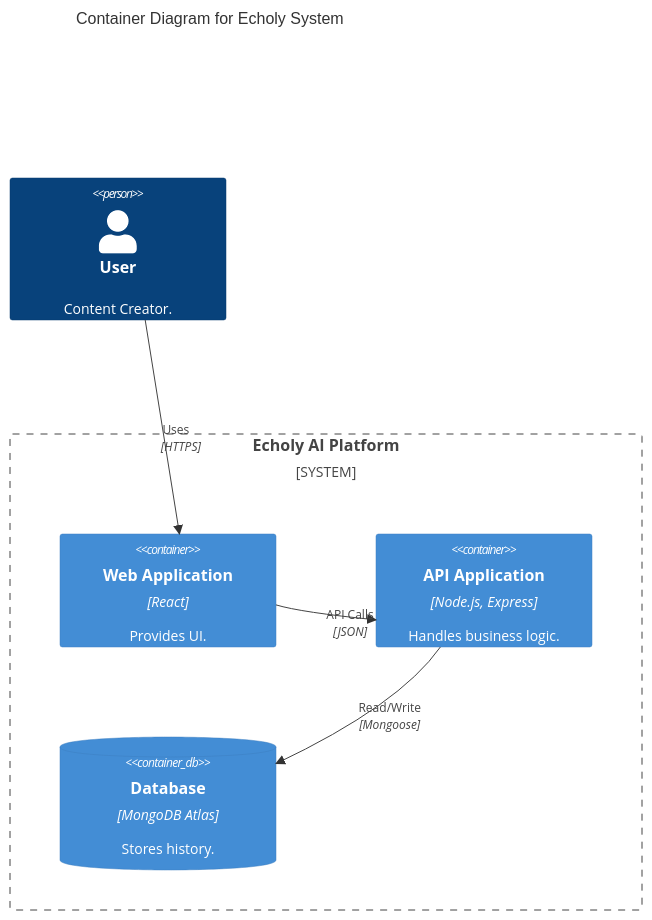
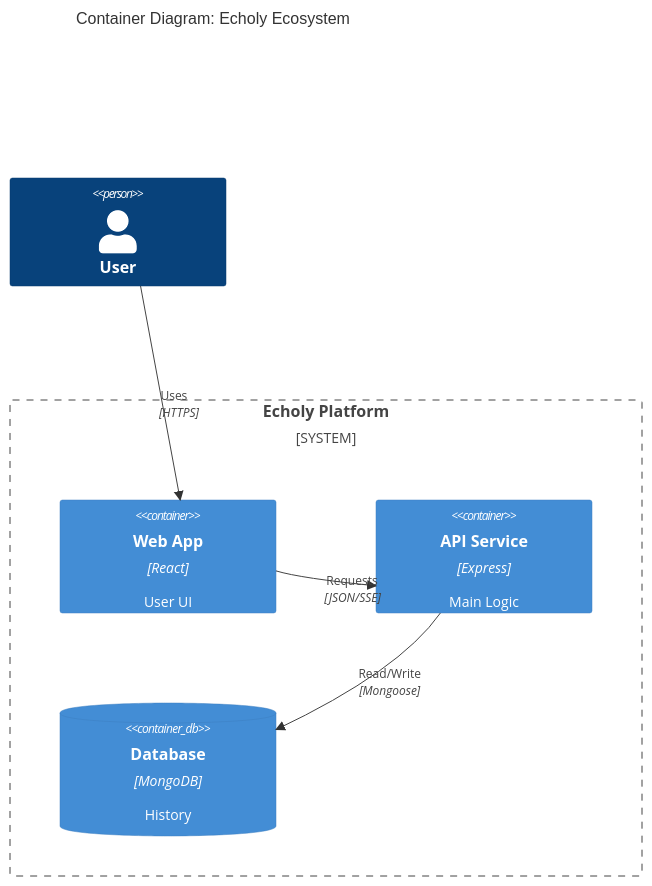
Before and after one commit to naresh-rn/echoly: diagram 18 of 20 in ALL_DIAGRAMS.md, drawn with Mermaid. The commit also changed other lines of this file and 1 other file, not shown here.

Commit message:
docs: repair diagram rendering and finalize comprehensive architecture dossier

````diff
--- a/ALL_DIAGRAMS.md
+++ b/ALL_DIAGRAMS.md
@@ -407,16 +406,16 @@
 ```mermaid
 C4Container
-    title Container Diagram for Echoly System
+    title Container Diagram: Echoly Ecosystem
     
-    Person(user, "User", "Content Creator.")
+    Person(p, "User")
     
-    System_Boundary(c1, "Echoly AI Platform") {
-        Container(web_app, "Web Application", "React", "Provides UI.")
-        Container(api, "API Application", "Node.js, Express", "Handles business logic.")
-        ContainerDb(db, "Database", "MongoDB Atlas", "Stores history.")
+    System_Boundary(b, "Echoly Platform") {
+        Container(app, "Web App", "React", "User UI")
+        Container(api, "API Service", "Express", "Main Logic")
+        ContainerDb(db, "Database", "MongoDB", "History")
     }
     
-    Rel(user, web_app, "Uses", "HTTPS")
-    Rel(web_app, api, "API Calls", "JSON")
+    Rel(p, app, "Uses", "HTTPS")
+    Rel(app, api, "Requests", "JSON/SSE")
     Rel(api, db, "Read/Write", "Mongoose")
 ```
````
